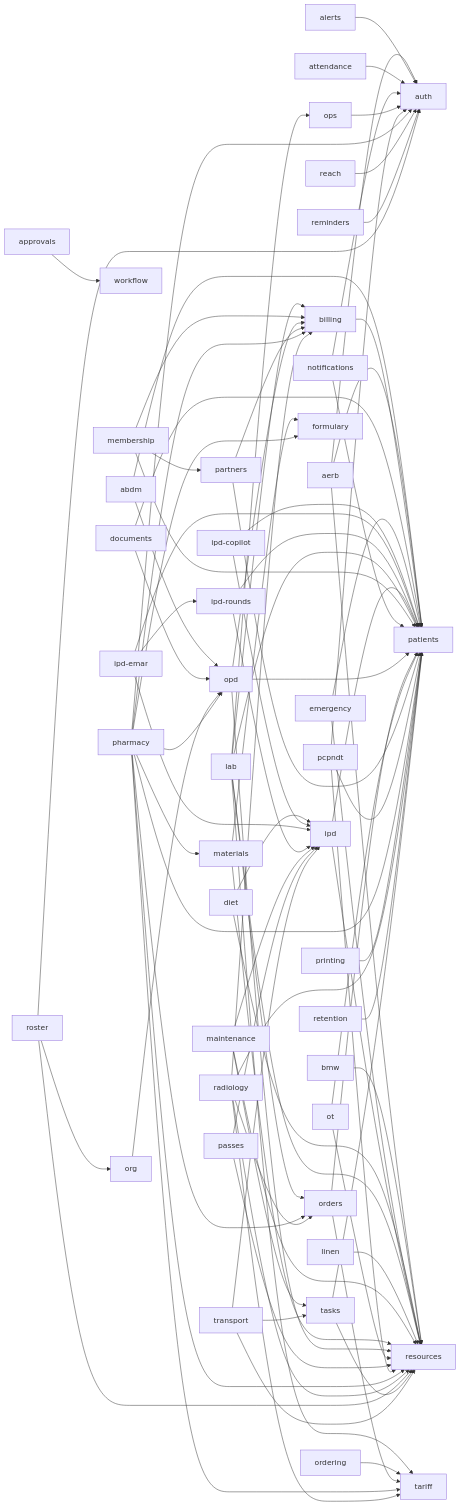
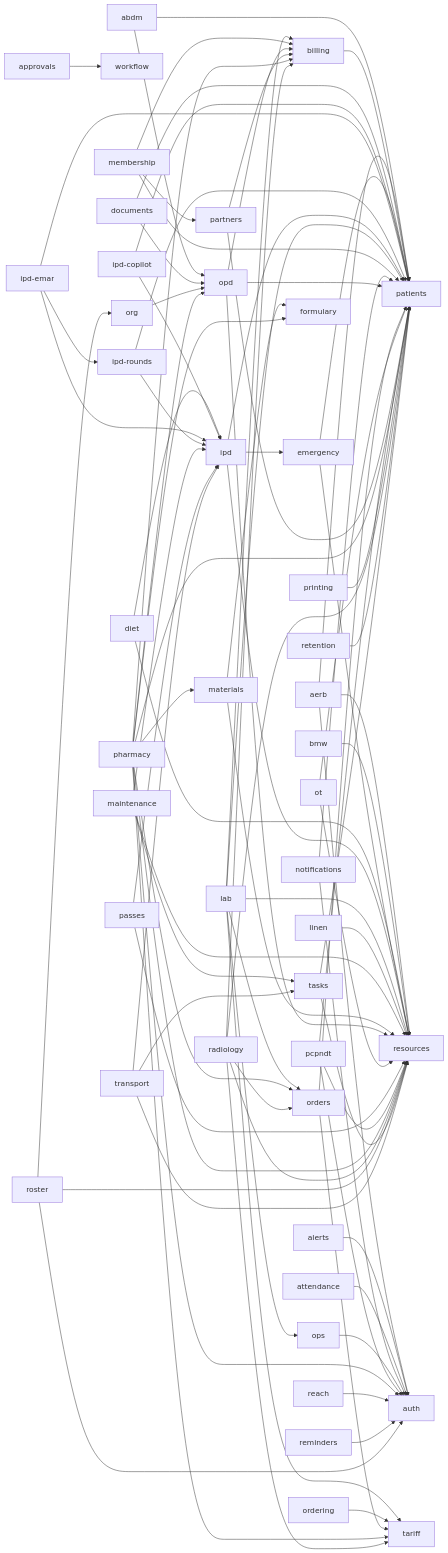
Before and after one commit to ankits3a/hims-hmis: the diagram in docs/architecture/schema.md, drawn with Mermaid. The commit also changed other lines of this file and 55 other files, not shown here.

First line of the commit message:
feat(emergency): ER lane 4 — the MLC: register, police intimation and countersign obligations, belongings and evidence custody, brought dead to the mortuary, the MLC desk (#811)

```diff
--- a/docs/architecture/schema.md
+++ b/docs/architecture/schema.md
@@ -35,6 +35,7 @@
   ipd_emar[ipd-emar] --> patients[patients]
   ipd_rounds[ipd-rounds] --> ipd[ipd]
   ipd_rounds[ipd-rounds] --> patients[patients]
+  ipd[ipd] --> emergency[emergency]
   ipd[ipd] --> patients[patients]
   ipd[ipd] --> resources[resources]
   lab[lab] --> billing[billing]
```
